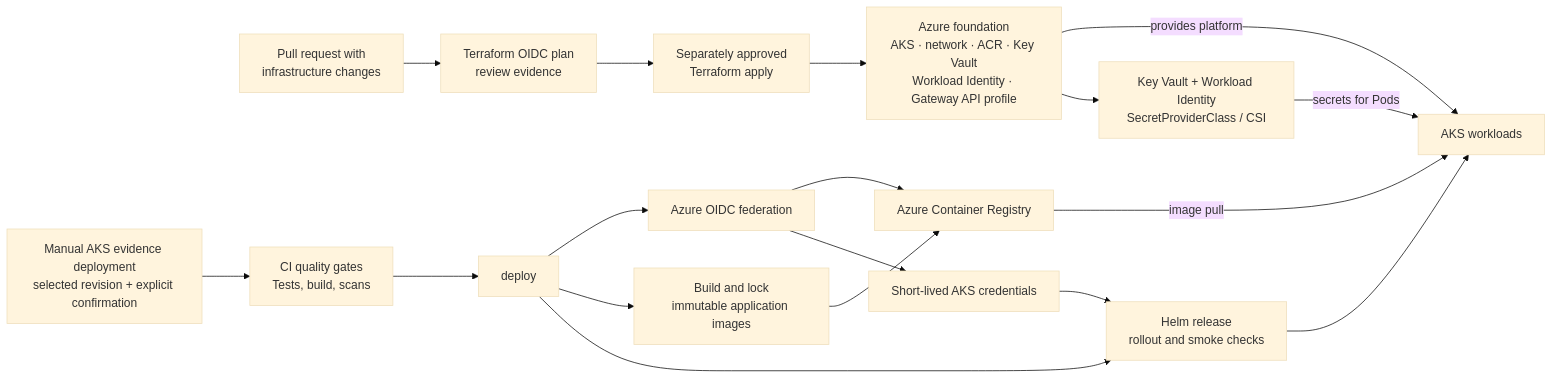
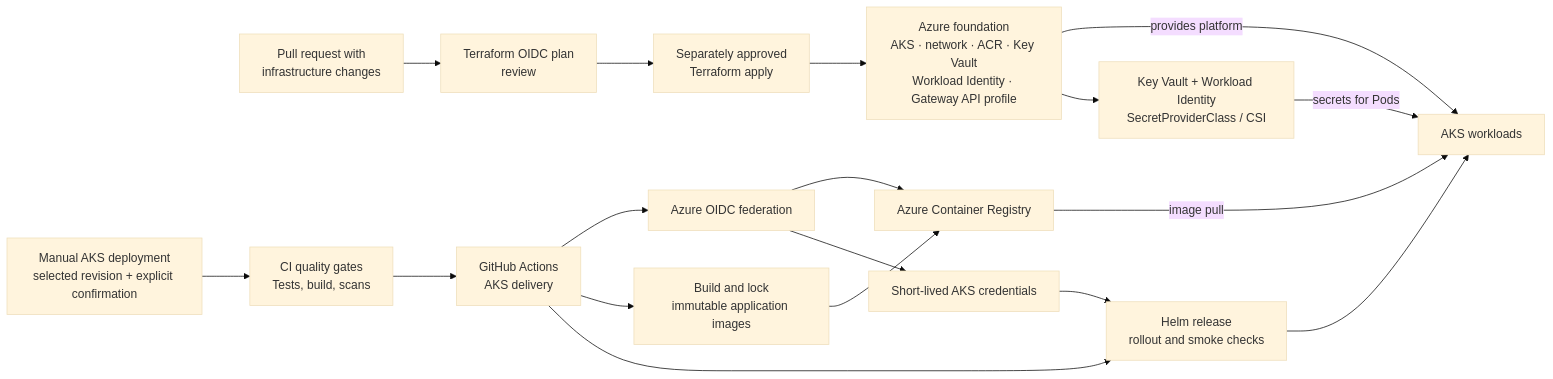
Before and after one commit to hzzcoding/SlowChrome-Showcase: the second of 3 diagrams in docs/technical-case-study.md, drawn with Mermaid (base theme). The commit also changed other lines of this file and 1 other file, not shown here.

````diff
--- a/docs/technical-case-study.md
+++ b/docs/technical-case-study.md
@@ -104,21 +91,21 @@
 ```mermaid
 flowchart LR
-    pr["Pull request with\ninfrastructure changes"] --> plan["Terraform OIDC plan\nreview evidence"]
+    pr["Pull request with\ninfrastructure changes"] --> plan["Terraform OIDC plan\nreview"]
     plan --> apply["Separately approved\nTerraform apply"]
     apply --> foundation["Azure foundation\nAKS · network · ACR · Key Vault\nWorkload Identity · Gateway API profile"]
 
-    dispatch["Manual AKS evidence deployment\nselected revision + explicit confirmation"] --> checks["CI quality gates\nTests, build, scans"]
-    checks --> deploy
+    dispatch["Manual AKS deployment\nselected revision + explicit confirmation"] --> checks["CI quality gates\nTests, build, scans"]
+    checks --> deploy["GitHub Actions\nAKS delivery"]
     deploy --> oidc["Azure OIDC federation"]
     oidc --> acr["Azure Container Registry"]
     oidc --> credentials["Short-lived AKS credentials"]
     deploy --> images["Build and lock\nimmutable application images"]
     images --> acr
     acr -->|image pull| workloads["AKS workloads"]
     deploy --> helm["Helm release\nrollout and smoke checks"]
     credentials --> helm
     helm --> workloads
     foundation -->|provides platform| workloads
     foundation --> secrets["Key Vault + Workload Identity\nSecretProviderClass / CSI"]
     secrets -->|secrets for Pods| workloads
 ```
````
